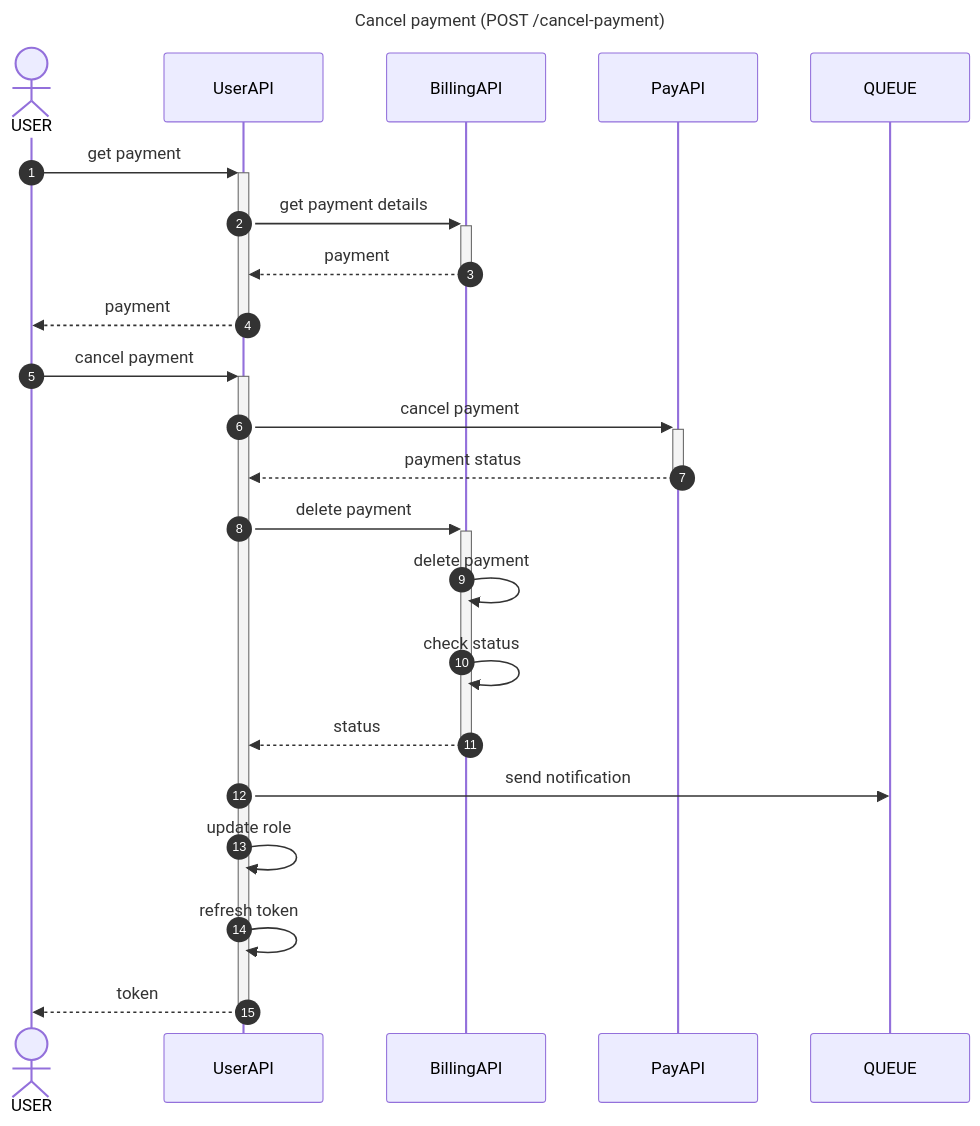
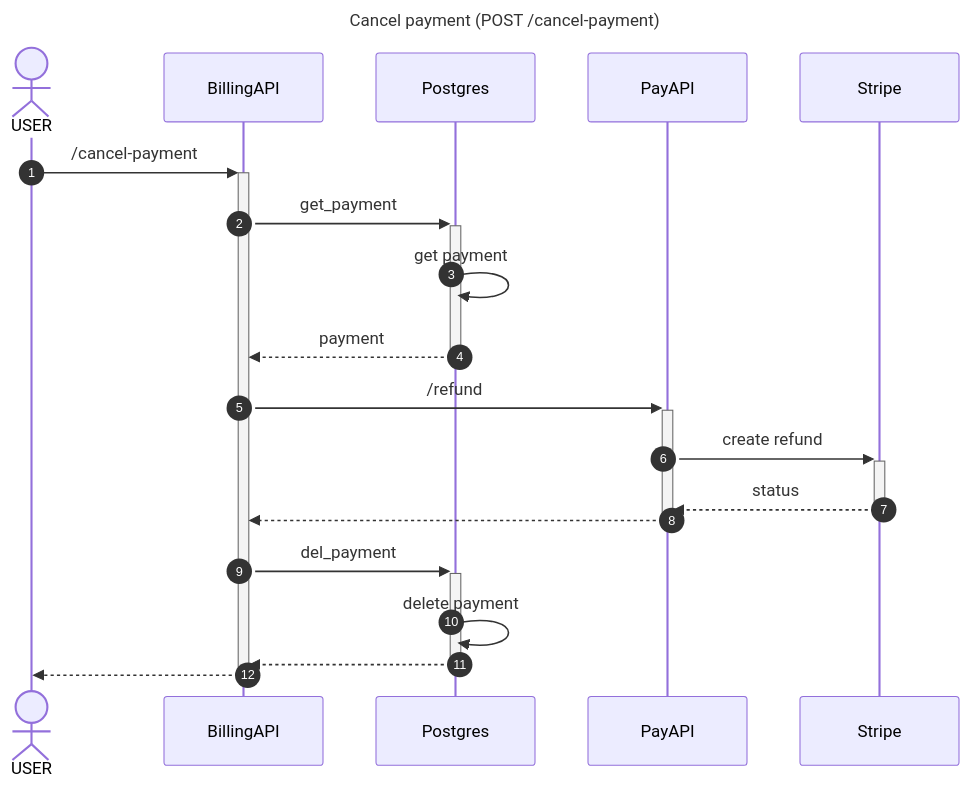
One commit to fall3nangel/Billing_Stripe changed the diagram in architecture/seq-cancel-payment.md. Above: the diagram before and after it, drawn with Mermaid. The commit also changed 1 other file, not shown here.

Commit message:
upd cancel payment diagram

````diff
--- a/architecture/seq-cancel-payment.md
+++ b/architecture/seq-cancel-payment.md
@@ -1,27 +1,24 @@
 ```mermaid
 ---
 title: Cancel payment (POST /cancel-payment)
 ---
 sequenceDiagram
     autonumber
     actor USER
-    participant UserAPI
     participant BillingAPI
+    participant Postgres
     participant PayAPI
-    participant QUEUE
-    USER->>+UserAPI: get payment
-    UserAPI->>+BillingAPI: get payment details
-    BillingAPI-->>-UserAPI: payment
-    UserAPI-->>-USER: payment
-    USER->>+UserAPI: cancel payment
-    UserAPI->>+PayAPI: cancel payment
-    PayAPI-->>-UserAPI: payment status
-    UserAPI->>+BillingAPI: delete payment
-    BillingAPI->>BillingAPI: delete payment
-    BillingAPI->>BillingAPI: check status
-    BillingAPI-->>-UserAPI: status
-    UserAPI->>QUEUE: send notification
-    UserAPI->>UserAPI: update role
-    UserAPI->>UserAPI: refresh token
-    UserAPI-->>-USER: token
+    participant Stripe
+    USER->>+BillingAPI: /cancel-payment
+    BillingAPI->>+Postgres: get_payment
+    Postgres->>Postgres: get payment
+    Postgres-->>-BillingAPI: payment
+    BillingAPI->>+PayAPI: /refund
+    PayAPI->>+Stripe: create refund
+    Stripe-->>-PayAPI: status
+    PayAPI-->>-BillingAPI: 
+    BillingAPI->>+Postgres: del_payment
+    Postgres->>Postgres: delete payment
+    Postgres-->>-BillingAPI: 
+    BillingAPI-->>-USER: 
 ```
````
